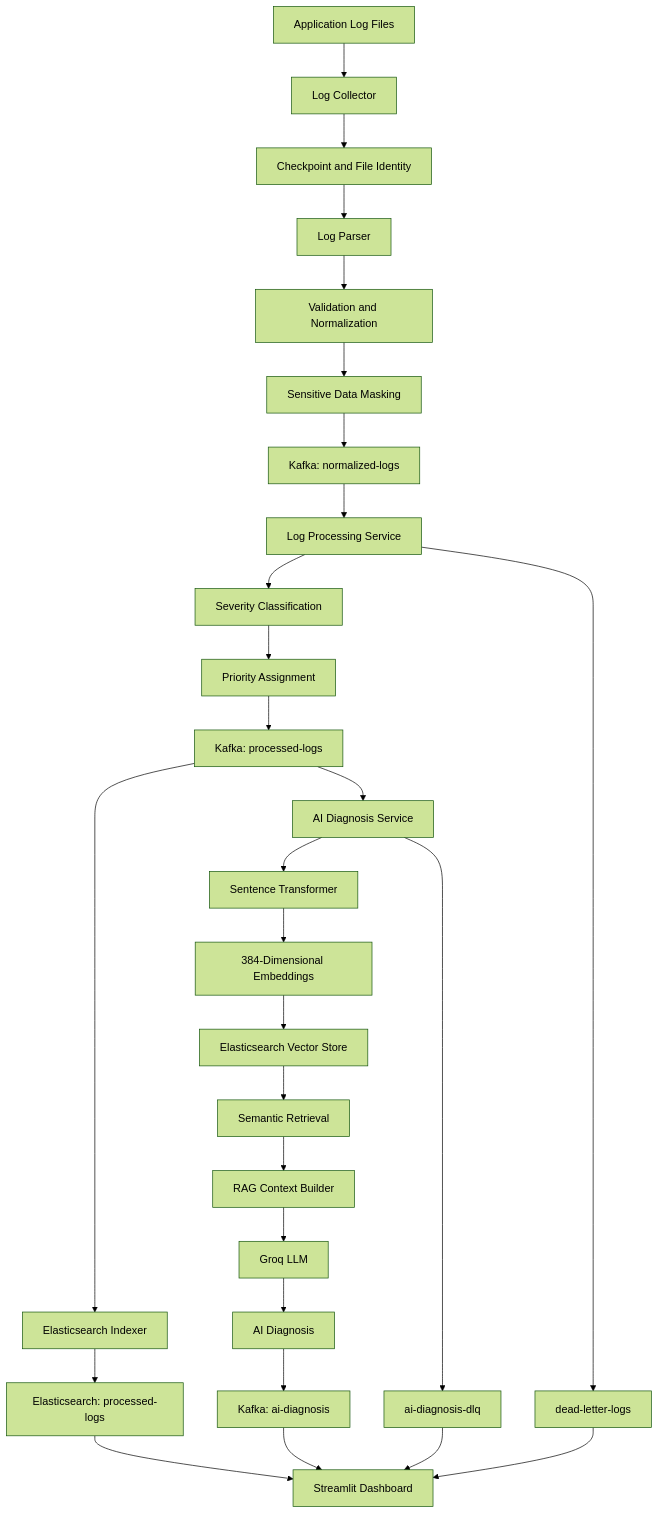
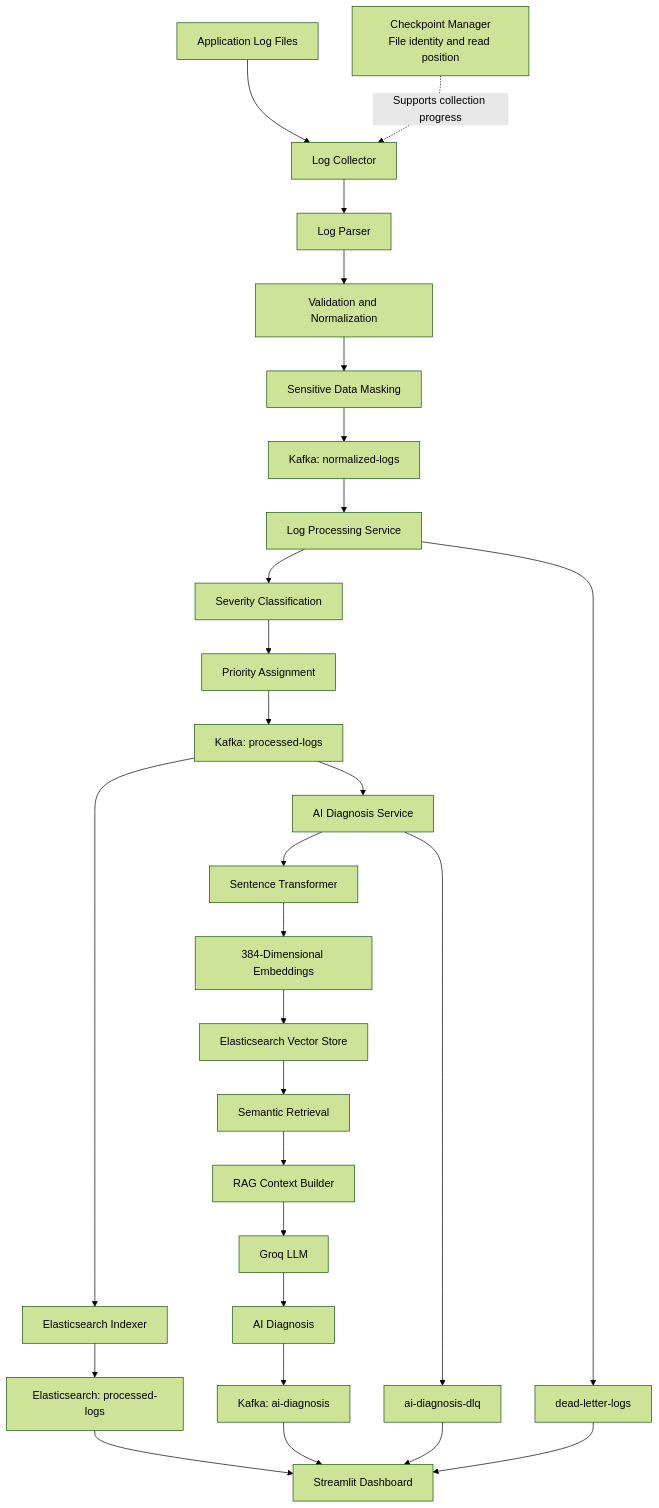
Before and after one commit to GAURAVSri123/Universal-Log-Processing-Framework: the diagram in README.md, drawn with Mermaid (forest theme). The commit also changed other lines of this file, not shown here.

Commit message:
Improve architecture diagram: show checkpoint manager as collector support

````diff
--- a/README.md
+++ b/README.md
@@ -54,36 +54,37 @@
 ```mermaid
 flowchart TD
     A["Application Log Files"] --> B["Log Collector"]
-    B --> C["Checkpoint and File Identity"]
-    C --> D["Log Parser"]
+    B --> D["Log Parser"]
     D --> E["Validation and Normalization"]
     E --> F["Sensitive Data Masking"]
     F --> G["Kafka: normalized-logs"]
+
+    C["Checkpoint Manager<br/>File identity and read position"] -. "Supports collection progress" .-> B
 
     G --> H["Log Processing Service"]
     H --> I["Severity Classification"]
     I --> J["Priority Assignment"]
 
     H --> K["dead-letter-logs"]
     J --> L["Kafka: processed-logs"]
 
     L --> M["Elasticsearch Indexer"]
     M --> N["Elasticsearch: processed-logs"]
 
     L --> O["AI Diagnosis Service"]
     O --> P["Sentence Transformer"]
     P --> Q["384-Dimensional Embeddings"]
     Q --> R["Elasticsearch Vector Store"]
     R --> S["Semantic Retrieval"]
     S --> T["RAG Context Builder"]
     T --> U["Groq LLM"]
     U --> V["AI Diagnosis"]
     V --> W["Kafka: ai-diagnosis"]
 
     O --> X["ai-diagnosis-dlq"]
 
     N --> Y["Streamlit Dashboard"]
     W --> Y
     K --> Y
     X --> Y
 ```
````
